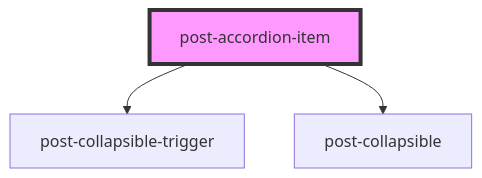
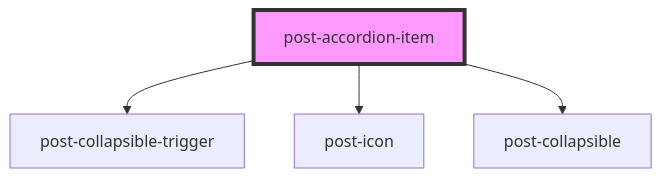
One commit to swisspost/design-system changed the diagram in packages/components/src/components/post-accordion-item/readme.md. Above: the diagram before and after it, drawn with Mermaid. The commit also changed other lines of this file and 5 other files, not shown here.

````diff
--- a/packages/components/src/components/post-accordion-item/readme.md
+++ b/packages/components/src/components/post-accordion-item/readme.md
@@ -59,6 +60,7 @@
 ```mermaid
 graph TD;
   post-accordion-item --> post-collapsible-trigger
+  post-accordion-item --> post-icon
   post-accordion-item --> post-collapsible
   style post-accordion-item fill:#f9f,stroke:#333,stroke-width:4px
 ```
````
